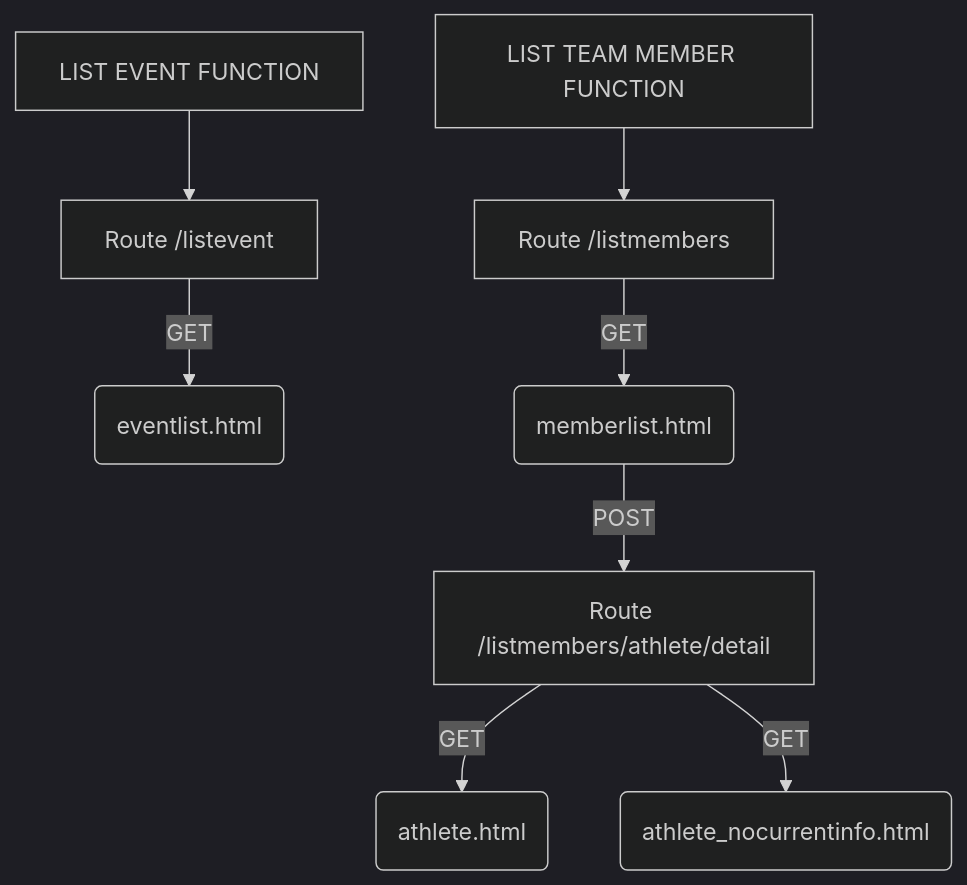
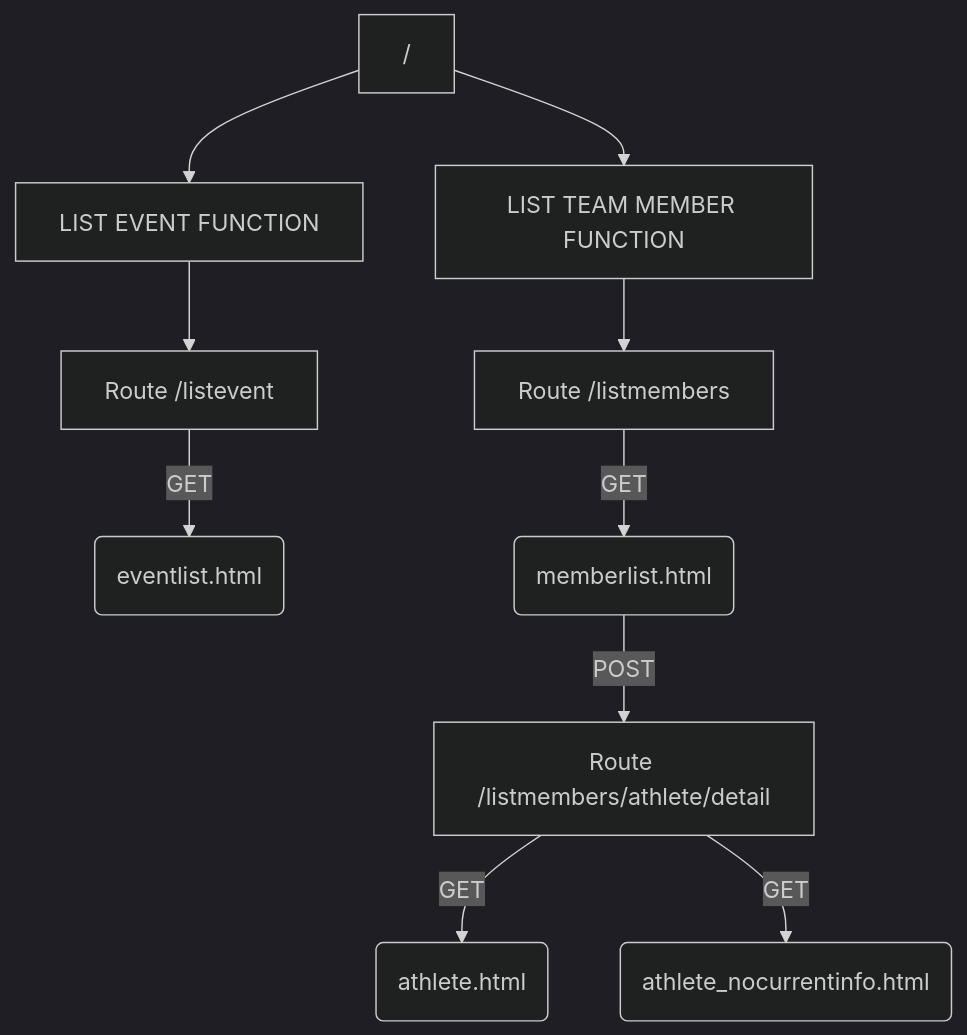
One commit to dorachenxiW/636_FinalProject changed the diagram in README.md. Above: the diagram before and after it, drawn with Mermaid (dark theme). The commit also changed other lines of this file, not shown here.

Commit message:
Update README.md
Changed the graph

````diff
--- a/README.md
+++ b/README.md
@@ -9,9 +9,10 @@
 ```mermaid
 graph TD;
-    A[LIST EVENT FUNCTION]-->B[Route /listevents];
-    B[Route /listevent]-->|GET|C(eventlist.html);
-    D[LIST TEAM MEMBER FUNCTION]-->E[Route /listmembers];
-    E[Route /listmembers]-->|GET|F(memberlist.html)-->|POST|G[Route /listmembers/athlete/detail];
-    G[Route /listmembers/athlete/detail]-->|GET|H(athlete.html)
-    G[Route /listmembers/athlete/detail]-->|GET|I(athlete_nocurrentinfo.html)
+   
+    /-->B[LIST EVENT FUNCTION]-->C[Route /listevents];
+    C[Route /listevent]-->|GET|D(eventlist.html);
+    /-->E[LIST TEAM MEMBER FUNCTION]-->F[Route /listmembers];
+    F[Route /listmembers]-->|GET|G(memberlist.html)-->|POST|H[Route /listmembers/athlete/detail];
+    H[Route /listmembers/athlete/detail]-->|GET|I(athlete.html)
+    H[Route /listmembers/athlete/detail]-->|GET|J(athlete_nocurrentinfo.html)
 ```
````
